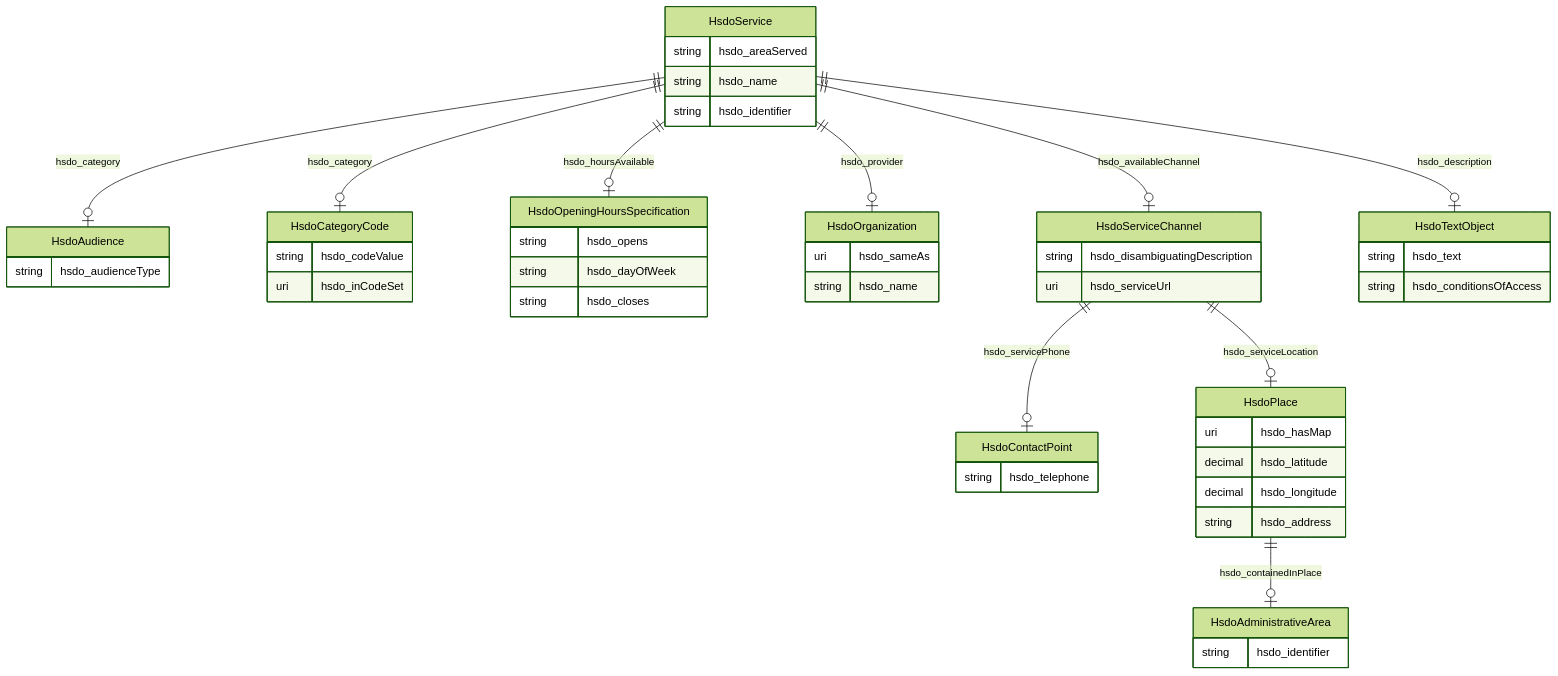
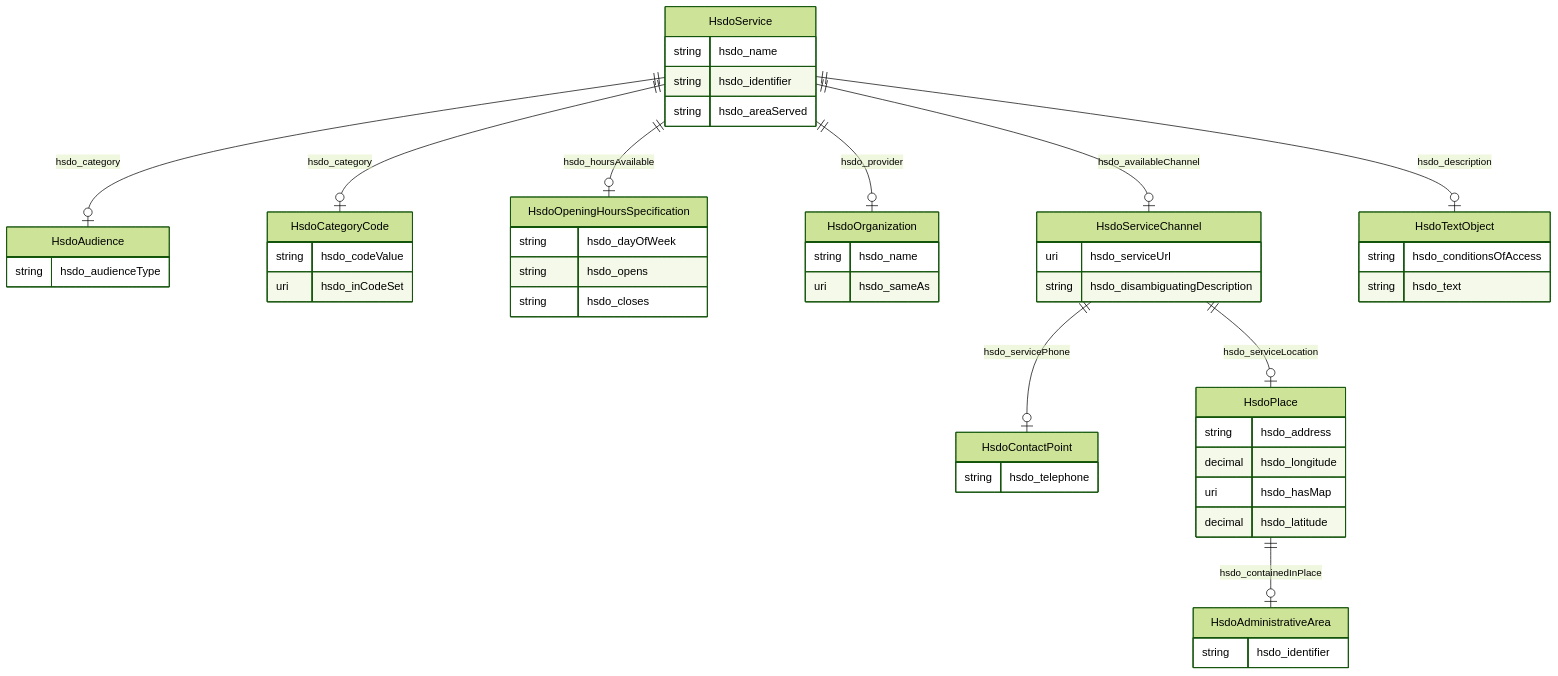
One commit to frink-okn/graph-descriptions changed the diagram in kg-name/README.md. Above: the diagram before and after it, drawn with Mermaid (forest theme). The commit also changed other lines of this file and 8 other files, not shown here.

````diff
--- a/kg-name/README.md
+++ b/kg-name/README.md
@@ -9,55 +9,55 @@
 ```mermaid
 erDiagram
 HsdoAdministrativeArea {
     string hsdo_identifier  
 }
 HsdoAudience {
     string hsdo_audienceType  
 }
 HsdoCategoryCode {
     string hsdo_codeValue  
     uri hsdo_inCodeSet  
 }
 HsdoContactPoint {
     string hsdo_telephone  
 }
 HsdoOpeningHoursSpecification {
+    string hsdo_dayOfWeek  
     string hsdo_opens  
-    string hsdo_dayOfWeek  
     string hsdo_closes  
 }
 HsdoOrganization {
+    string hsdo_name  
     uri hsdo_sameAs  
-    string hsdo_name  
 }
 HsdoPlace {
+    string hsdo_address  
+    decimal hsdo_longitude  
     uri hsdo_hasMap  
     decimal hsdo_latitude  
-    decimal hsdo_longitude  
-    string hsdo_address  
 }
 HsdoService {
-    string hsdo_areaServed  
     string hsdo_name  
     string hsdo_identifier  
+    string hsdo_areaServed  
 }
 HsdoServiceChannel {
+    uri hsdo_serviceUrl  
     string hsdo_disambiguatingDescription  
-    uri hsdo_serviceUrl  
 }
 HsdoTextObject {
+    string hsdo_conditionsOfAccess  
     string hsdo_text  
-    string hsdo_conditionsOfAccess  
 }
 
 HsdoPlace ||--|o HsdoAdministrativeArea : "hsdo_containedInPlace"
 HsdoService ||--|o HsdoOpeningHoursSpecification : "hsdo_hoursAvailable"
 HsdoService ||--|o HsdoOrganization : "hsdo_provider"
 HsdoService ||--|o HsdoServiceChannel : "hsdo_availableChannel"
 HsdoService ||--|o HsdoTextObject : "hsdo_description"
+HsdoService ||--|o HsdoAudience : "hsdo_category"
 HsdoService ||--|o HsdoCategoryCode : "hsdo_category"
-HsdoService ||--|o HsdoAudience : "hsdo_category"
 HsdoServiceChannel ||--|o HsdoPlace : "hsdo_serviceLocation"
 HsdoServiceChannel ||--|o HsdoContactPoint : "hsdo_servicePhone"
 
 ```
````
